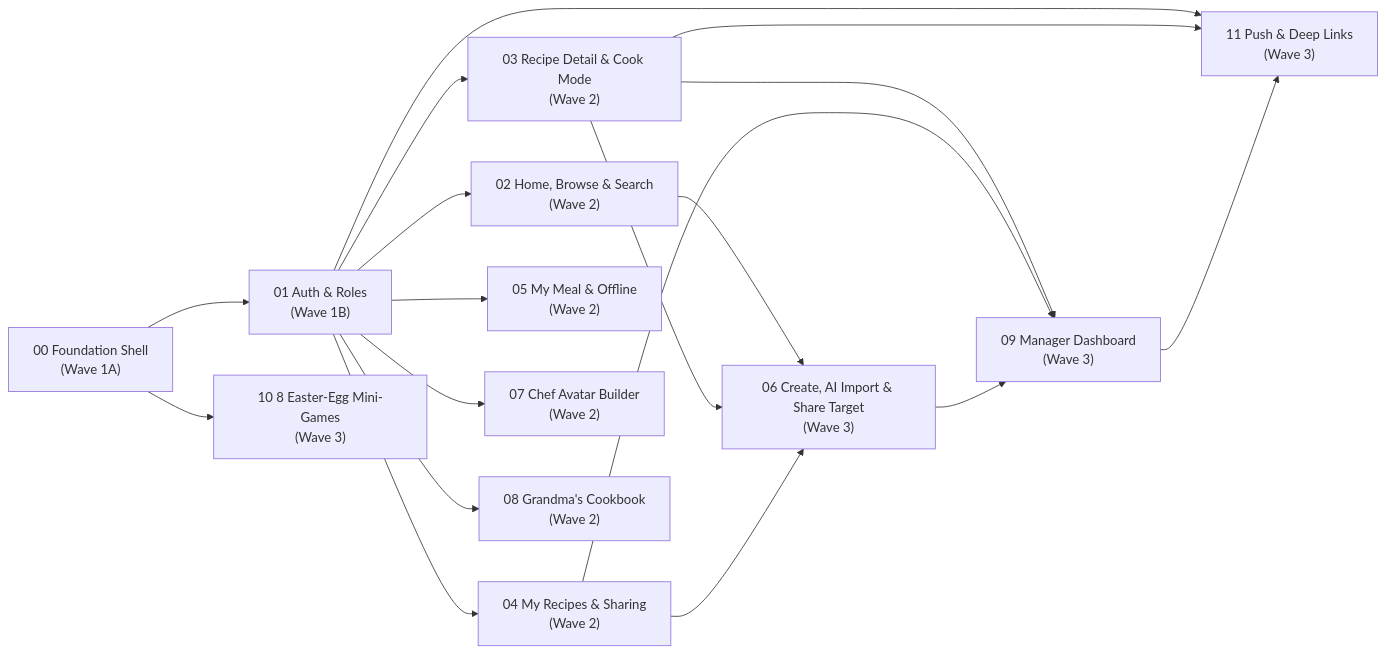
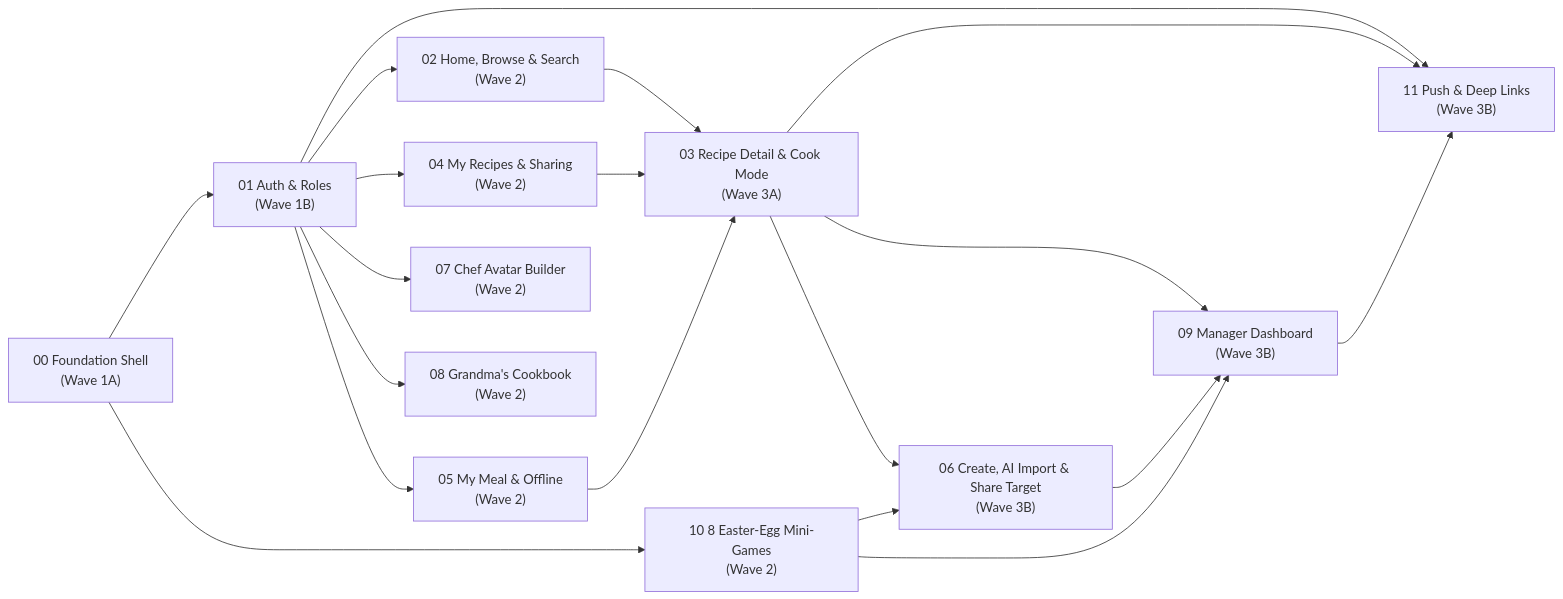
Before and after one commit to roiguri/cookbook: the diagram in factory/context/L2-slice-dag.md, drawn with Mermaid. The commit also changed other lines of this file and 22 other files, not shown here.

````diff
--- a/factory/context/L2-slice-dag.md
+++ b/factory/context/L2-slice-dag.md
@@ -7,20 +7,21 @@
 ```mermaid
 flowchart LR
     S00["00 Foundation Shell<br/>(Wave 1A)"] --> S01["01 Auth & Roles<br/>(Wave 1B)"]
     S01 --> S02["02 Home, Browse & Search<br/>(Wave 2)"]
-    S01 --> S03["03 Recipe Detail & Cook Mode<br/>(Wave 2)"]
     S01 --> S04["04 My Recipes & Sharing<br/>(Wave 2)"]
     S01 --> S05["05 My Meal & Offline<br/>(Wave 2)"]
     S01 --> S07["07 Chef Avatar Builder<br/>(Wave 2)"]
     S01 --> S08["08 Grandma's Cookbook<br/>(Wave 2)"]
-    S02 --> S06["06 Create, AI Import & Share Target<br/>(Wave 3)"]
-    S03 --> S06
-    S04 --> S06
-    S03 --> S09["09 Manager Dashboard<br/>(Wave 3)"]
-    S04 --> S09
+    S00 --> S10["10 8 Easter-Egg Mini-Games<br/>(Wave 2)"]
+    S02 --> S03["03 Recipe Detail & Cook Mode<br/>(Wave 3A)"]
+    S04 --> S03
+    S05 --> S03
+    S03 --> S06["06 Create, AI Import & Share Target<br/>(Wave 3B)"]
+    S10 --> S06
+    S03 --> S09["09 Manager Dashboard<br/>(Wave 3B)"]
     S06 --> S09
-    S00 --> S10["10 8 Easter-Egg Mini-Games<br/>(Wave 3)"]
-    S01 --> S11["11 Push & Deep Links<br/>(Wave 3)"]
+    S10 --> S09
+    S01 --> S11["11 Push & Deep Links<br/>(Wave 3B)"]
     S03 --> S11
     S09 --> S11
 ```
````
